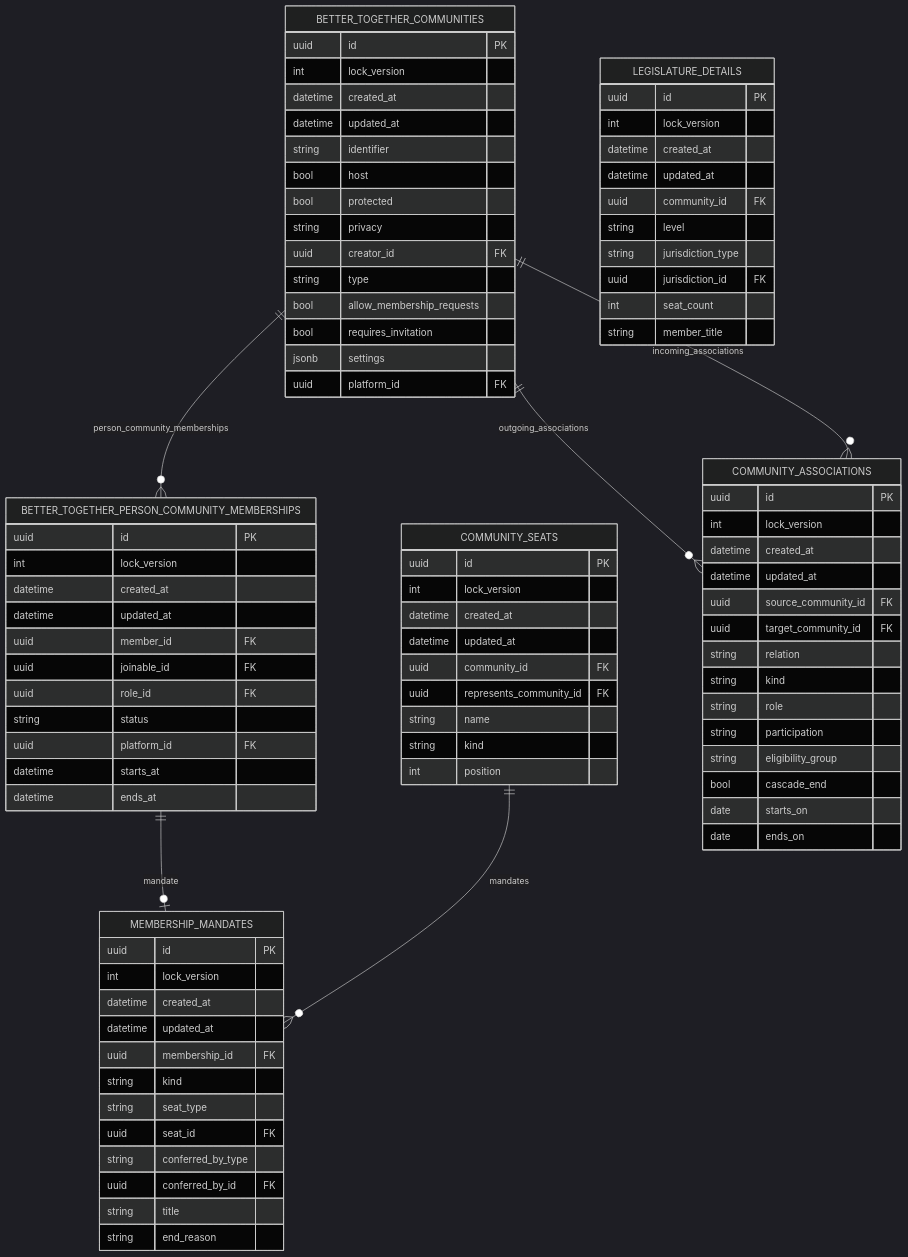
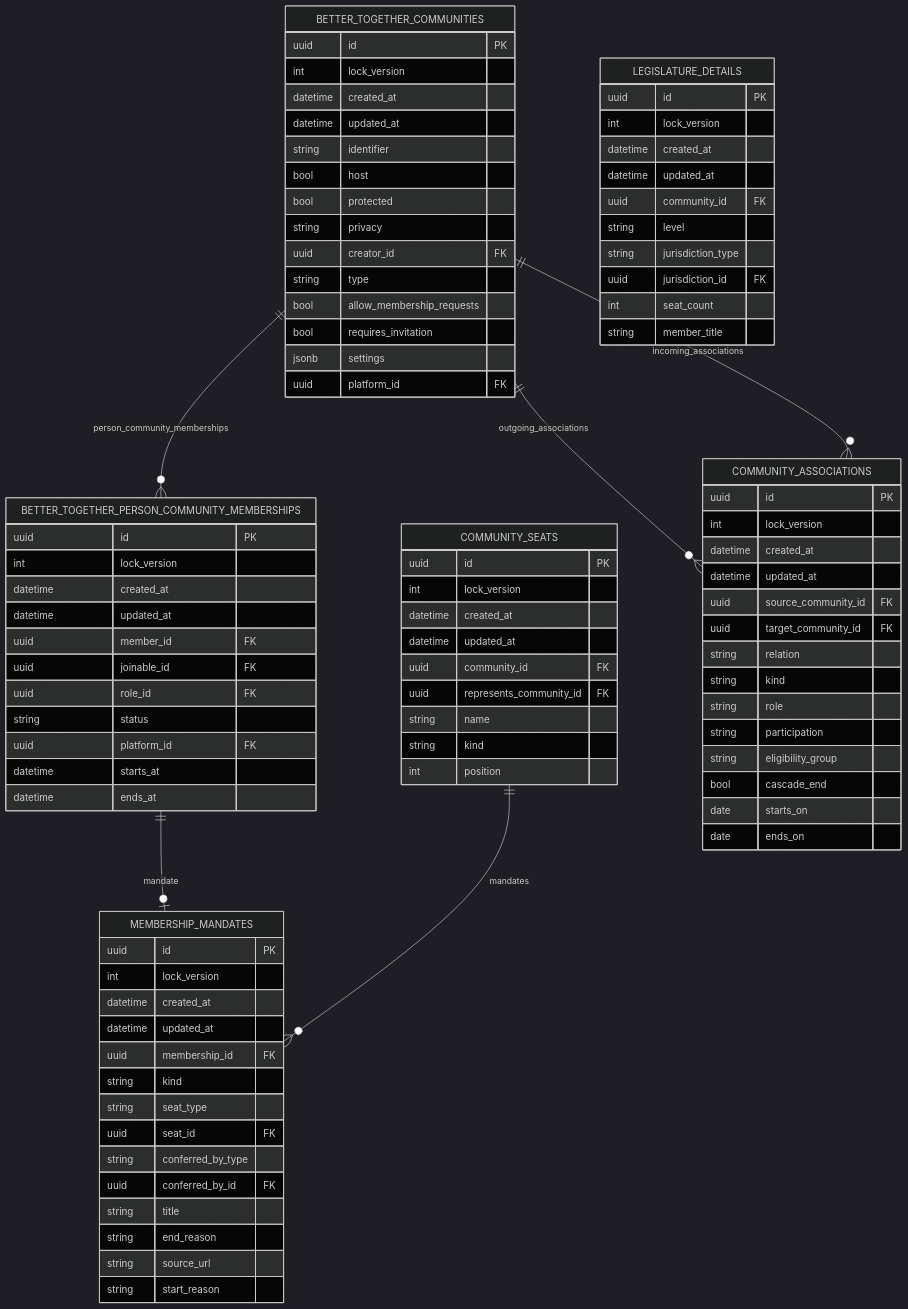
One commit to better-together-solutions/newfoundlandlabradoronline changed the diagram in docs/diagrams/source/nlo_civic_roles_schema_erd.mmd. Above: the diagram before and after it, drawn with Mermaid (dark theme). The commit also changed 16 other files, not shown here.

```diff
--- a/docs/diagrams/source/nlo_civic_roles_schema_erd.mmd
+++ b/docs/diagrams/source/nlo_civic_roles_schema_erd.mmd
@@ -1,90 +1,92 @@
 %% Generated by scripts/export_diagrams.rb. Do not edit by hand.
 %% render.orientation: landscape
 erDiagram
   BETTER_TOGETHER_COMMUNITIES {
     uuid id PK
     int lock_version
     datetime created_at
     datetime updated_at
     string identifier
     bool host
     bool protected
     string privacy
     uuid creator_id FK
     string type
     bool allow_membership_requests
     bool requires_invitation
     jsonb settings
     uuid platform_id FK
   }
   BETTER_TOGETHER_PERSON_COMMUNITY_MEMBERSHIPS {
     uuid id PK
     int lock_version
     datetime created_at
     datetime updated_at
     uuid member_id FK
     uuid joinable_id FK
     uuid role_id FK
     string status
     uuid platform_id FK
     datetime starts_at
     datetime ends_at
   }
   MEMBERSHIP_MANDATES {
     uuid id PK
     int lock_version
     datetime created_at
     datetime updated_at
     uuid membership_id FK
     string kind
     string seat_type
     uuid seat_id FK
     string conferred_by_type
     uuid conferred_by_id FK
     string title
     string end_reason
+    string source_url
+    string start_reason
   }
   COMMUNITY_SEATS {
     uuid id PK
     int lock_version
     datetime created_at
     datetime updated_at
     uuid community_id FK
     uuid represents_community_id FK
     string name
     string kind
     int position
   }
   COMMUNITY_ASSOCIATIONS {
     uuid id PK
     int lock_version
     datetime created_at
     datetime updated_at
     uuid source_community_id FK
     uuid target_community_id FK
     string relation
     string kind
     string role
     string participation
     string eligibility_group
     bool cascade_end
     date starts_on
     date ends_on
   }
   LEGISLATURE_DETAILS {
     uuid id PK
     int lock_version
     datetime created_at
     datetime updated_at
     uuid community_id FK
     string level
     string jurisdiction_type
     uuid jurisdiction_id FK
     int seat_count
     string member_title
   }
   BETTER_TOGETHER_COMMUNITIES ||--o{ BETTER_TOGETHER_PERSON_COMMUNITY_MEMBERSHIPS : "person_community_memberships"
   BETTER_TOGETHER_COMMUNITIES ||--o{ COMMUNITY_ASSOCIATIONS : "outgoing_associations"
   BETTER_TOGETHER_COMMUNITIES ||--o{ COMMUNITY_ASSOCIATIONS : "incoming_associations"
   BETTER_TOGETHER_PERSON_COMMUNITY_MEMBERSHIPS ||--o| MEMBERSHIP_MANDATES : "mandate"
   COMMUNITY_SEATS ||--o{ MEMBERSHIP_MANDATES : "mandates"
```
